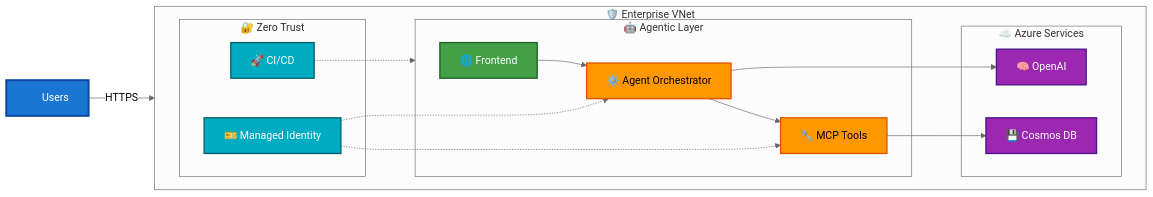
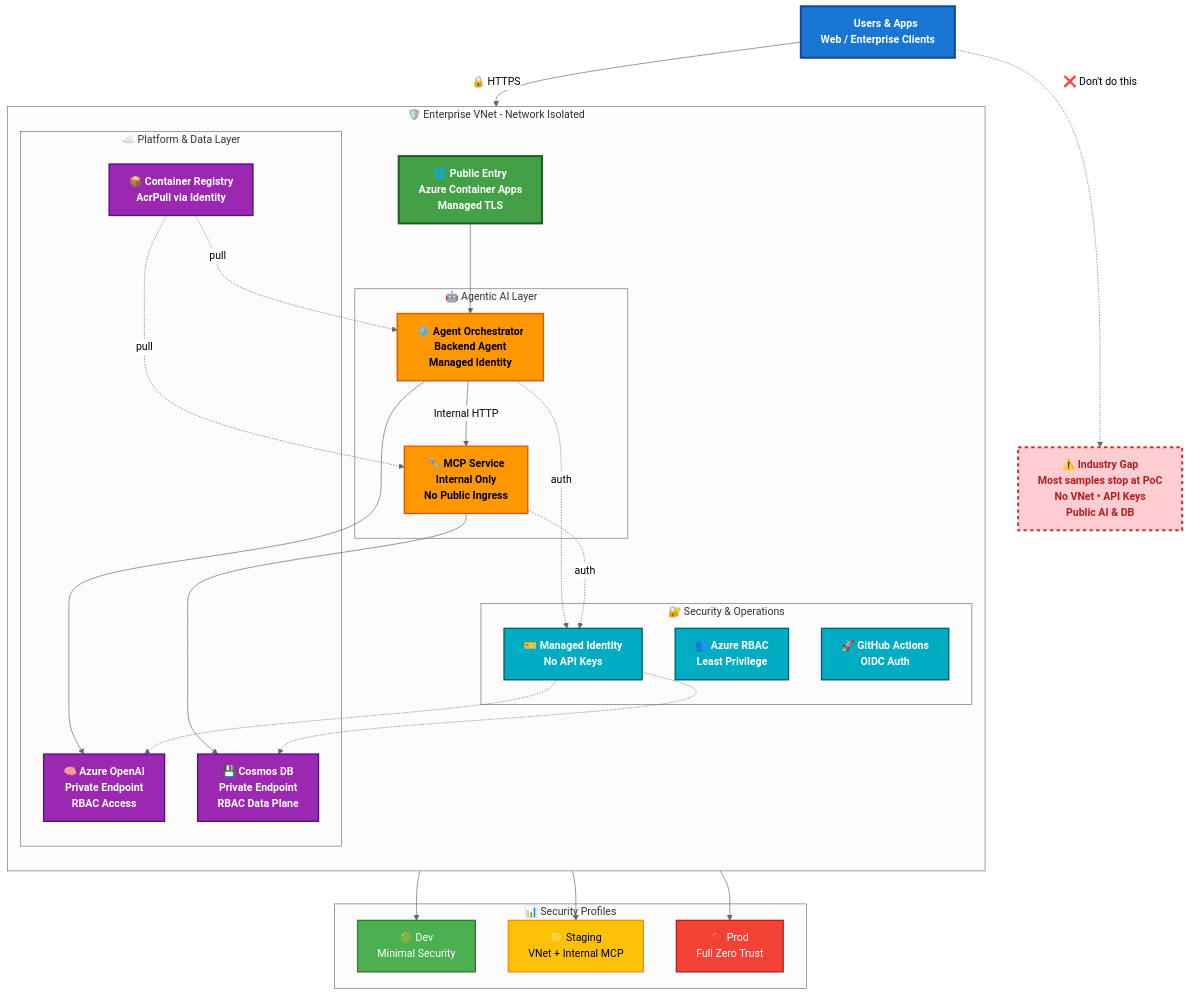
The diagram in infra/workshop_summary.md (kanhaiyasingh/OpenAIWorkshop), drawn with Mermaid (neutral theme) before and after one commit. The commit also changed 1 other file, not shown here.

````diff
--- a/infra/workshop_summary.md
+++ b/infra/workshop_summary.md
@@ -31,48 +31,82 @@
 ```mermaid
-flowchart LR
+flowchart TB
 
-    User["👤 Users"]
-    
-    subgraph VNET["🛡️ Enterprise VNet"]
-        direction LR
-        
-        subgraph AGENTS["🤖 Agentic Layer"]
-            FE["🌐 Frontend"]
-            BE["⚙️ Agent Orchestrator"]
-            MCP["🔧 MCP Tools"]
+    %% User / Client Layer
+    User["👤 Users & Apps<br/>Web / Enterprise Clients"]
+    User -->|"🔒 HTTPS"| FE["🌐 Public Entry<br/>Azure Container Apps<br/>Managed TLS"]
+
+    %% Enterprise VNet Boundary
+    subgraph VNET["🛡️ Enterprise VNet - Network Isolated"]
+        direction TB
+
+        %% Agentic AI Layer
+        subgraph AGENTS["🤖 Agentic AI Layer"]
+            BE["⚙️ Agent Orchestrator<br/>Backend Agent<br/>Managed Identity"]
+            MCP["🔧 MCP Service<br/>Internal Only<br/>No Public Ingress"]
+            BE -->|"Internal HTTP"| MCP
         end
-        
-        subgraph DATA["☁️ Azure Services"]
-            AOAI["🧠 OpenAI"]
-            COSMOS["💾 Cosmos DB"]
+
+        %% Platform & Data Layer
+        subgraph PLATFORM["☁️ Platform & Data Layer"]
+            AOAI["🧠 Azure OpenAI<br/>Private Endpoint<br/>RBAC Access"]
+            COSMOS["💾 Cosmos DB<br/>Private Endpoint<br/>RBAC Data Plane"]
+            ACR["📦 Container Registry<br/>AcrPull via Identity"]
         end
-        
-        subgraph SEC["🔐 Zero Trust"]
-            MI["🎫 Managed Identity"]
-            CICD["🚀 CI/CD"]
+
+        %% Security & Ops
+        subgraph SECURITY["🔐 Security & Operations"]
+            MI["🎫 Managed Identity<br/>No API Keys"]
+            RBAC["👥 Azure RBAC<br/>Least Privilege"]
+            CICD["🚀 GitHub Actions<br/>OIDC Auth"]
         end
+
+        %% Connections
+        FE --> BE
+        BE --> AOAI
+        MCP --> COSMOS
+
+        BE -.->|"auth"| MI
+        MCP -.->|"auth"| MI
+        MI -.-> AOAI
+        MI -.-> COSMOS
+
+        ACR -.->|"pull"| BE
+        ACR -.->|"pull"| MCP
     end
 
-    User -->|HTTPS| FE
-    FE --> BE
-    BE --> MCP
-    BE --> AOAI
-    MCP --> COSMOS
-    
-    MI -.-> BE
-    MI -.-> MCP
-    CICD -.-> AGENTS
+    %% Environments
+    subgraph ENV["📊 Security Profiles"]
+        DEV["🟢 Dev<br/>Minimal Security"]
+        STAGE["🟡 Staging<br/>VNet + Internal MCP"]
+        PROD["🔴 Prod<br/>Full Zero Trust"]
+    end
 
-    %% Styling
-    classDef user fill:#1976D2,stroke:#0D47A1,stroke-width:3px,color:#fff
-    classDef frontend fill:#43A047,stroke:#1B5E20,stroke-width:2px,color:#fff
-    classDef agents fill:#FF9800,stroke:#E65100,stroke-width:2px,color:#000
-    classDef data fill:#9C27B0,stroke:#4A148C,stroke-width:2px,color:#fff
-    classDef security fill:#00ACC1,stroke:#006064,stroke-width:2px,color:#fff
+    CICD --> DEV
+    CICD --> STAGE
+    CICD --> PROD
+
+    %% Guidance Gap
+    GAP["⚠️ Industry Gap<br/>Most samples stop at PoC<br/>No VNet • API Keys<br/>Public AI & DB"]
+    User -.->|"❌ Don't do this"| GAP
+
+    %% Styling - Vibrant colors
+    classDef user fill:#1976D2,stroke:#0D47A1,stroke-width:3px,color:#fff,font-weight:bold
+    classDef entry fill:#43A047,stroke:#1B5E20,stroke-width:3px,color:#fff,font-weight:bold
+    classDef agents fill:#FF9800,stroke:#E65100,stroke-width:2px,color:#000,font-weight:bold
+    classDef platform fill:#9C27B0,stroke:#4A148C,stroke-width:2px,color:#fff,font-weight:bold
+    classDef security fill:#00ACC1,stroke:#006064,stroke-width:2px,color:#fff,font-weight:bold
+    classDef envDev fill:#4CAF50,stroke:#2E7D32,stroke-width:2px,color:#fff
+    classDef envStage fill:#FFC107,stroke:#FF8F00,stroke-width:2px,color:#000
+    classDef envProd fill:#F44336,stroke:#B71C1C,stroke-width:2px,color:#fff
+    classDef gap fill:#FFCDD2,stroke:#D32F2F,stroke-width:3px,stroke-dasharray:5 5,color:#B71C1C,font-weight:bold
 
     class User user
-    class FE frontend
+    class FE entry
     class BE,MCP agents
-    class AOAI,COSMOS data
-    class MI,CICD security
+    class AOAI,COSMOS,ACR platform
+    class MI,RBAC,CICD security
+    class DEV envDev
+    class STAGE envStage
+    class PROD envProd
+    class GAP gap
 ```
````
